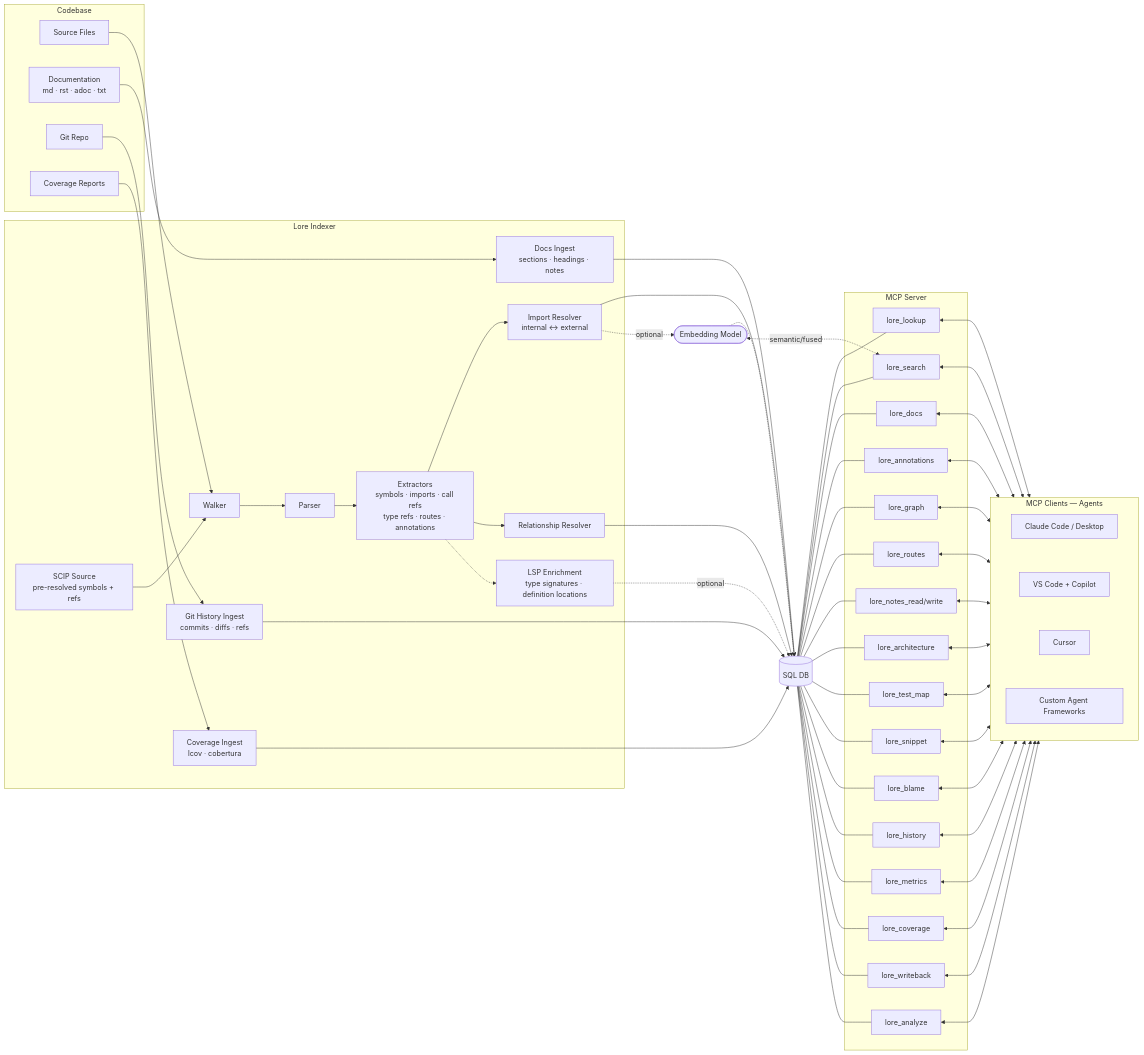
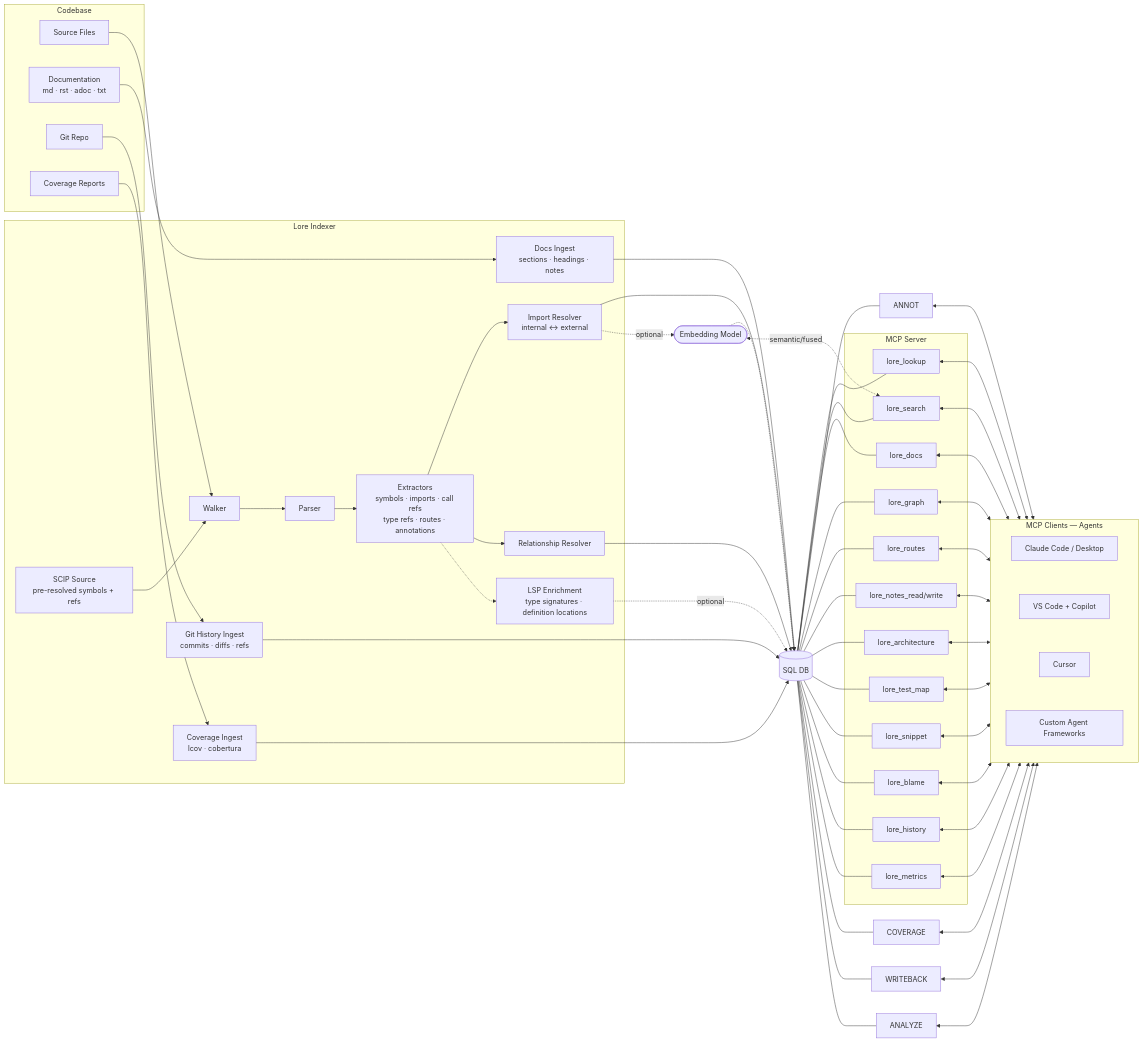
Before and after one commit to jafreck/Lore: the diagram in README.md, drawn with Mermaid. The commit also changed other lines of this file and 21 other files, not shown here.

````diff
--- a/README.md
+++ b/README.md
@@ -31,65 +31,61 @@
 ```mermaid
 flowchart LR
     subgraph Codebase
         SRC[Source Files]
         DOCS[Documentation<br/>md · rst · adoc · txt]
         GIT[Git Repo]
         COV[Coverage Reports]
     end
 
     subgraph Lore Indexer
       SCIPDIRECT[SCIP Source<br/>pre-resolved symbols + refs] --> WALK
       WALK[Walker] --> PARSE[Parser] --> EXTRACT[Extractors<br/>symbols · imports · call refs<br/>type refs · routes · annotations]
         EXTRACT --> RESOLVE[Import Resolver<br/>internal ↔ external]
       EXTRACT --> CALLGRAPH[Relationship Resolver]
         EXTRACT -.-> LSPENRICH[LSP Enrichment<br/>type signatures · definition locations]
         DOCSINGEST[Docs Ingest<br/>sections · headings · notes]
         GITHIST[Git History Ingest<br/>commits · diffs · refs]
         COVINGEST[Coverage Ingest<br/>lcov · cobertura]
     end
 
     DB[(SQL DB)]
     EMBED([Embedding Model])
 
     subgraph MCP Server
         LOOKUP[lore_lookup]
         SEARCH[lore_search]
         DOCS_TOOL[lore_docs]
-      ANNOT[lore_annotations]
         GRAPH[lore_graph]
       ROUTES[lore_routes]
       NOTES[lore_notes_read/write]
       ARCH[lore_architecture]
         TESTMAP[lore_test_map]
         SNIPPET[lore_snippet]
         BLAME[lore_blame]
         HISTORY[lore_history]
         METRICS[lore_metrics]
-        COVERAGE[lore_coverage]
-        WRITEBACK[lore_writeback]
-        ANALYZE[lore_analyze]
     end
 
     subgraph MCP_CLIENTS[MCP Clients — Agents]
         CLAUDE_CODE[Claude Code / Desktop]
         COPILOT[VS Code + Copilot]
         CURSOR[Cursor]
         CUSTOM[Custom Agent Frameworks]
         CLAUDE_CODE ~~~ COPILOT ~~~ CURSOR ~~~ CUSTOM
     end
 
     SRC --> WALK
     DOCS --> DOCSINGEST --> DB
     GIT --> GITHIST --> DB
     COV --> COVINGEST --> DB
 
     RESOLVE & CALLGRAPH --> DB
     LSPENRICH -.->|optional| DB
     RESOLVE -.->|optional| EMBED
     EMBED -.-> DB
 
     DB --- LOOKUP & SEARCH & DOCS_TOOL & ANNOT & GRAPH & ROUTES & NOTES & ARCH & TESTMAP & SNIPPET & BLAME & HISTORY & METRICS & COVERAGE & WRITEBACK & ANALYZE
     EMBED <-.->|semantic/fused| SEARCH
 
     LOOKUP & SEARCH & DOCS_TOOL & ANNOT & GRAPH & ROUTES & NOTES & ARCH & TESTMAP & SNIPPET & BLAME & HISTORY & METRICS & COVERAGE & WRITEBACK & ANALYZE <--> MCP_CLIENTS
 ```
````
